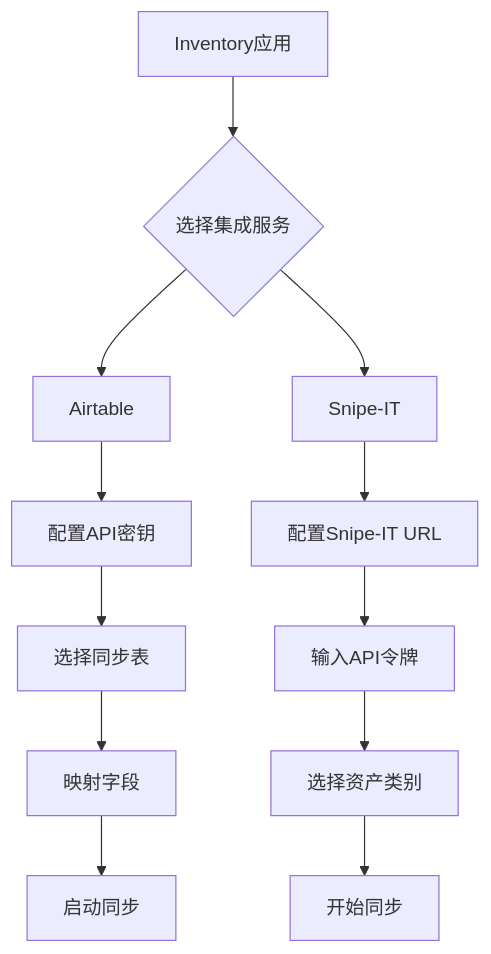
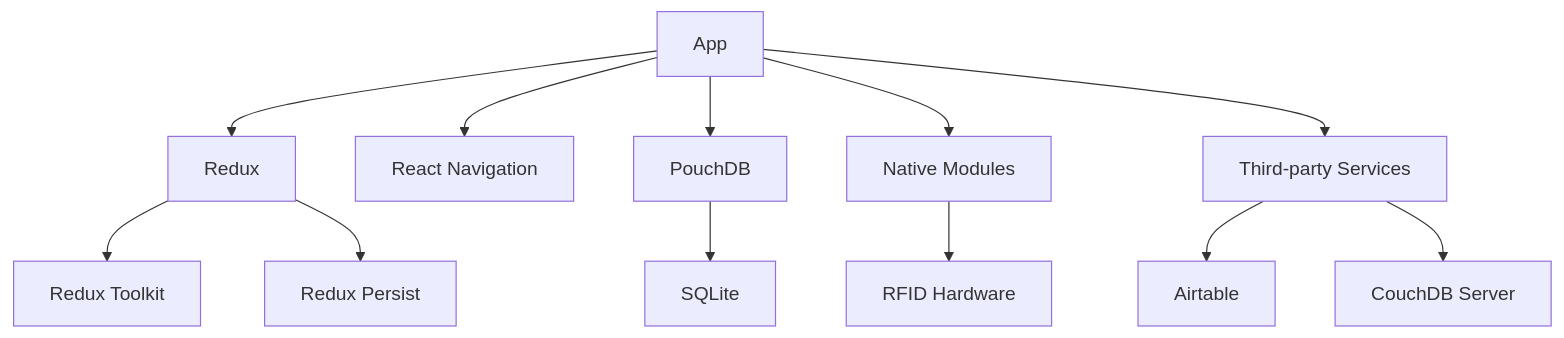
The sixth of 6 diagrams in .qoder/repowiki/zh/content/项目概述.md (JiangLongLiu/Inventory), drawn with Mermaid before and after one commit. The commit also changed other lines of this file and 8 other files, not shown here.

````diff
--- a/.qoder/repowiki/zh/content/项目概述.md
+++ b/.qoder/repowiki/zh/content/项目概述.md
@@ -169,14 +200,14 @@
 ```mermaid
-flowchart TD
-A[Inventory应用] --> B{选择集成服务}
-B --> C[Airtable]
-B --> D[Snipe-IT]
-C --> E[配置API密钥]
-E --> F[选择同步表]
-F --> G[映射字段]
-G --> H[启动同步]
-D --> I[配置Snipe-IT URL]
-I --> J[输入API令牌]
-J --> K[选择资产类别]
-K --> L[开始同步]
+graph TD
+A[App] --> B[Redux]
+A --> C[React Navigation]
+A --> D[PouchDB]
+B --> E[Redux Toolkit]
+B --> F[Redux Persist]
+D --> G[SQLite]
+A --> H[Native Modules]
+H --> I[RFID Hardware]
+A --> J[Third-party Services]
+J --> K[Airtable]
+J --> L[CouchDB Server]
 ```
````
